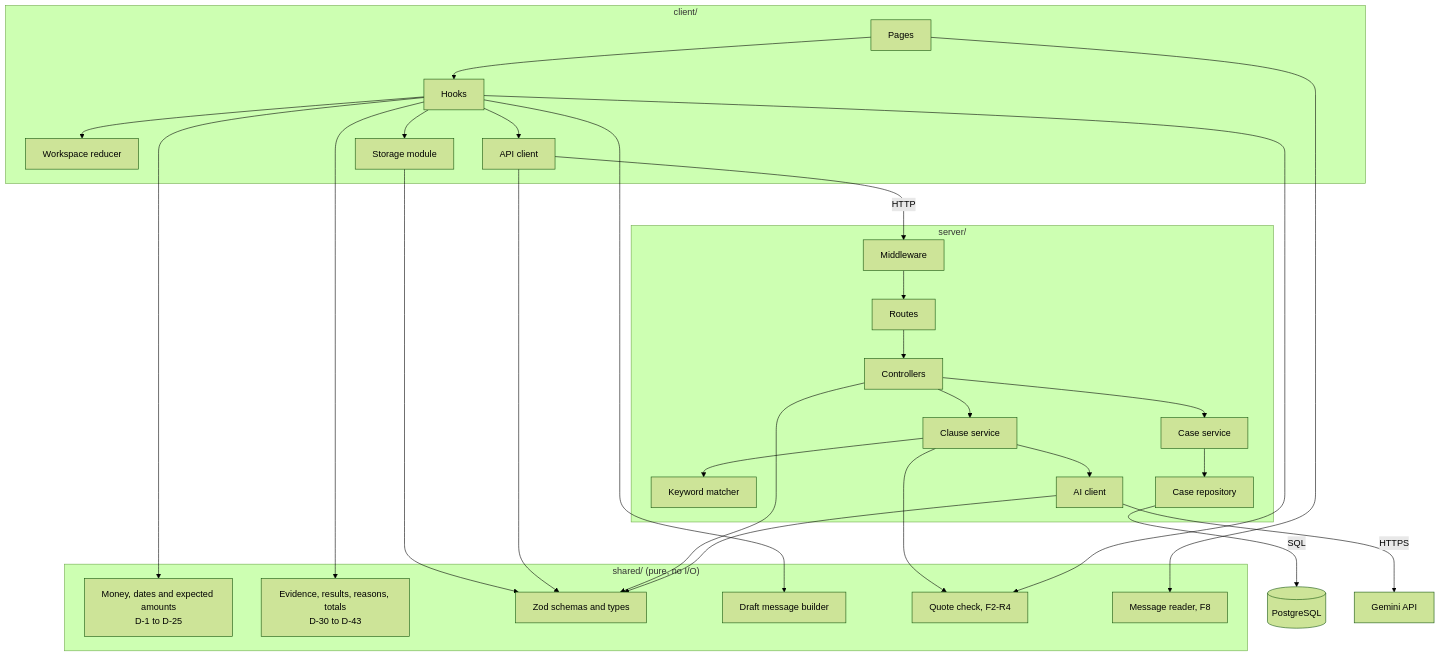
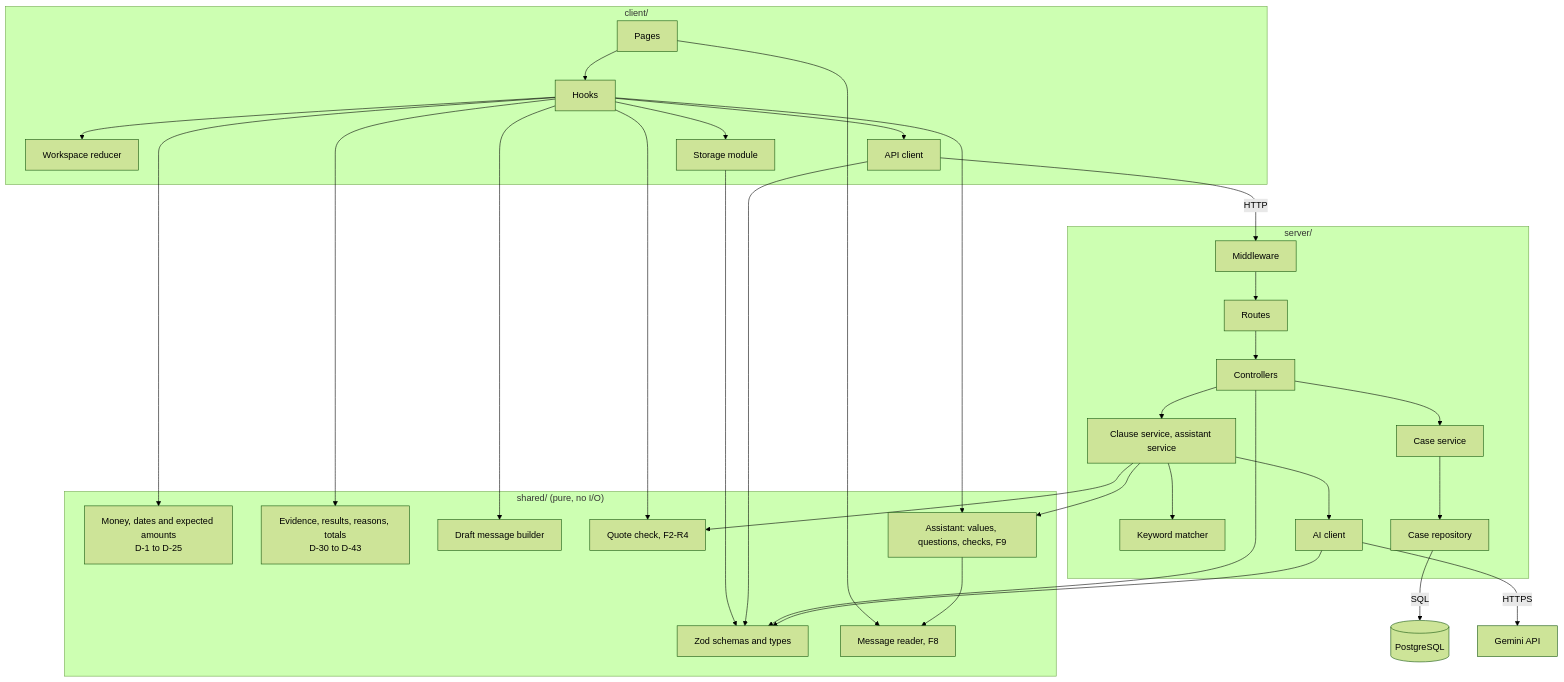
One commit to gloryh241106/RentChecker changed the third of 4 diagrams in docs/design/ARCHITECTURE.md. Above: the diagram before and after it, drawn with Mermaid (forest theme). The commit also changed 14 other files, not shown here.

````diff
--- a/docs/design/ARCHITECTURE.md
+++ b/docs/design/ARCHITECTURE.md
@@ -56,54 +56,58 @@
 ```mermaid
 flowchart TB
   subgraph client["client/"]
     pages["Pages"]
     hooks["Hooks"]
     reducer["Workspace reducer"]
     storage["Storage module"]
     apiclient["API client"]
   end
   subgraph shared["shared/ (pure, no I/O)"]
     calc["Money, dates and expected amounts<br/>D-1 to D-25"]
     rules["Evidence, results, reasons, totals<br/>D-30 to D-43"]
     schemas["Zod schemas and types"]
     draft["Draft message builder"]
     quote["Quote check, F2-R4"]
     charges["Message reader, F8"]
+    assist["Assistant: values, questions, checks, F9"]
   end
   subgraph server["server/"]
     mw["Middleware"]
     routes["Routes"]
     ctrl["Controllers"]
-    svc["Clause service"]
+    svc["Clause service, assistant service"]
     helpers["Keyword matcher"]
     ai["AI client"]
     cases["Case service"]
     repo["Case repository"]
   end
   db[("PostgreSQL")]
   gem["Gemini API"]
   pages --> hooks
   hooks --> reducer
   hooks --> storage
   hooks --> apiclient
   hooks --> calc
   hooks --> rules
   hooks --> draft
   pages --> charges
+  hooks --> assist
+  svc --> assist
+  assist --> charges
   storage --> schemas
   apiclient --> schemas
   apiclient -->|"HTTP"| mw
   mw --> routes
   routes --> ctrl
   ctrl --> schemas
   ctrl --> svc
   ctrl --> cases
   cases --> repo
   repo -->|"SQL"| db
   svc --> helpers
   svc --> quote
   hooks --> quote
   svc --> ai
   ai --> schemas
   ai -->|"HTTPS"| gem
 ```
````
